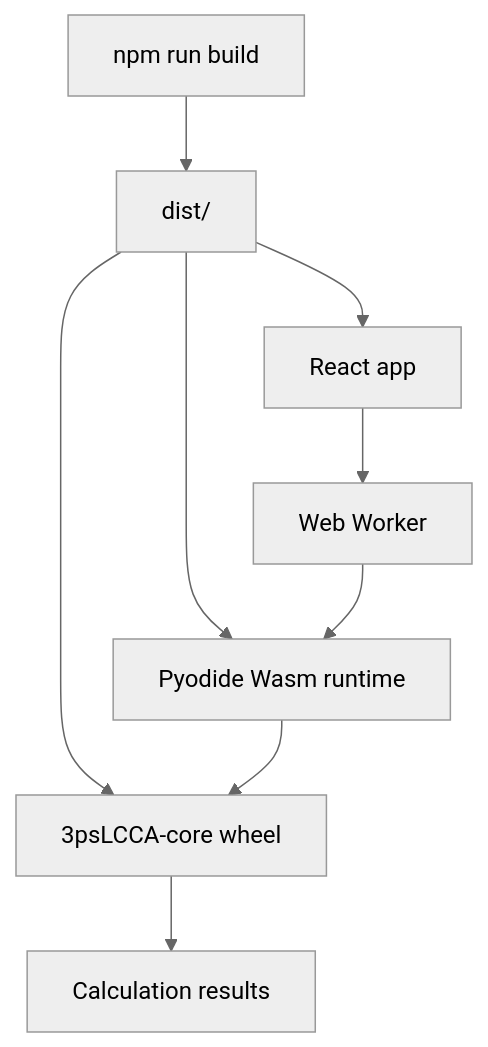
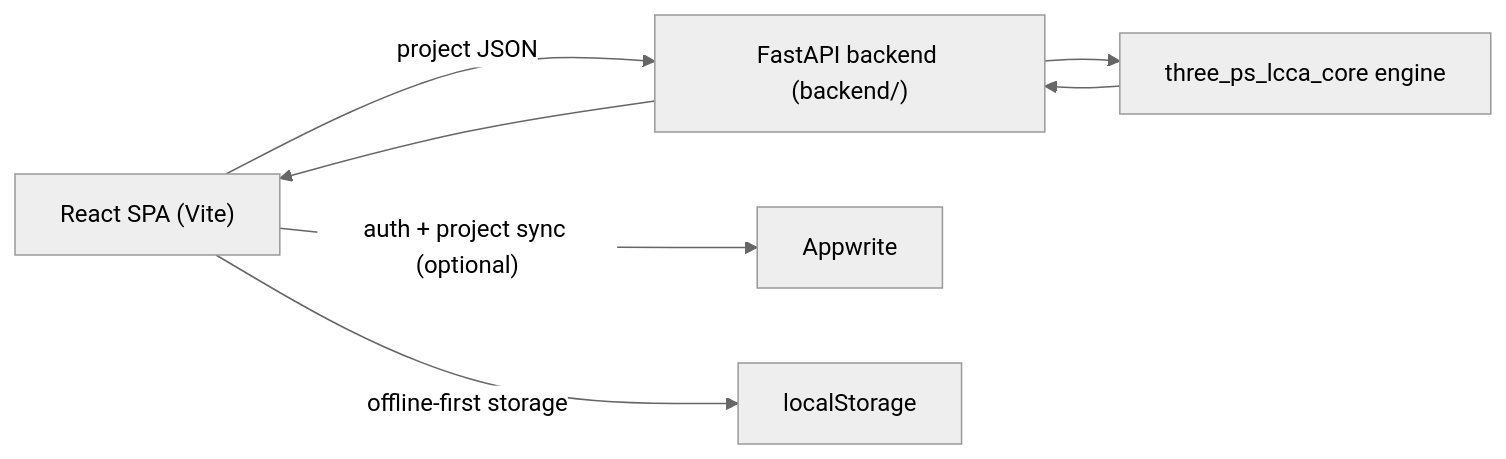
One commit to Swayam200/3psLCCA-web changed the diagram in readme.md. Above: the diagram before and after it, drawn with Mermaid (neutral theme). The commit also changed other lines of this file and 674 other files, not shown here.

````diff
--- a/readme.md
+++ b/readme.md
@@ -137,11 +15,8 @@
 ```mermaid
-flowchart TD
-    A["npm run build"] --> B["dist/"]
-    B --> C["React app"]
-    B --> D["Pyodide Wasm runtime"]
-    B --> E["3psLCCA-core wheel"]
-    C --> F["Web Worker"]
-    F --> D
-    D --> E
-    E --> G["Calculation results"]
+flowchart LR
+    A["React SPA (Vite)"] -- "project JSON" --> B["FastAPI backend (backend/)"]
+    B --> C["three_ps_lcca_core engine"]
+    C --> B --> A
+    A -- "auth + project sync (optional)" --> D["Appwrite"]
+    A -- "offline-first storage" --> E["localStorage"]
 ```
````
